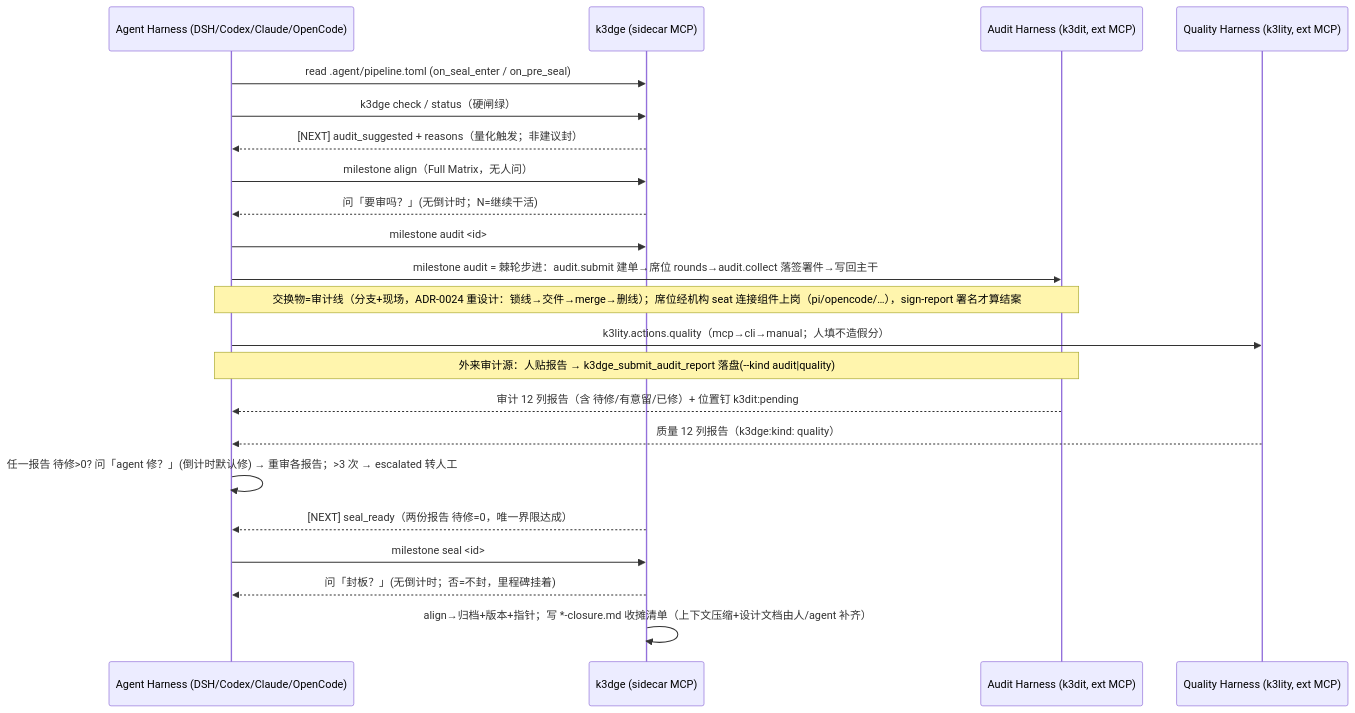
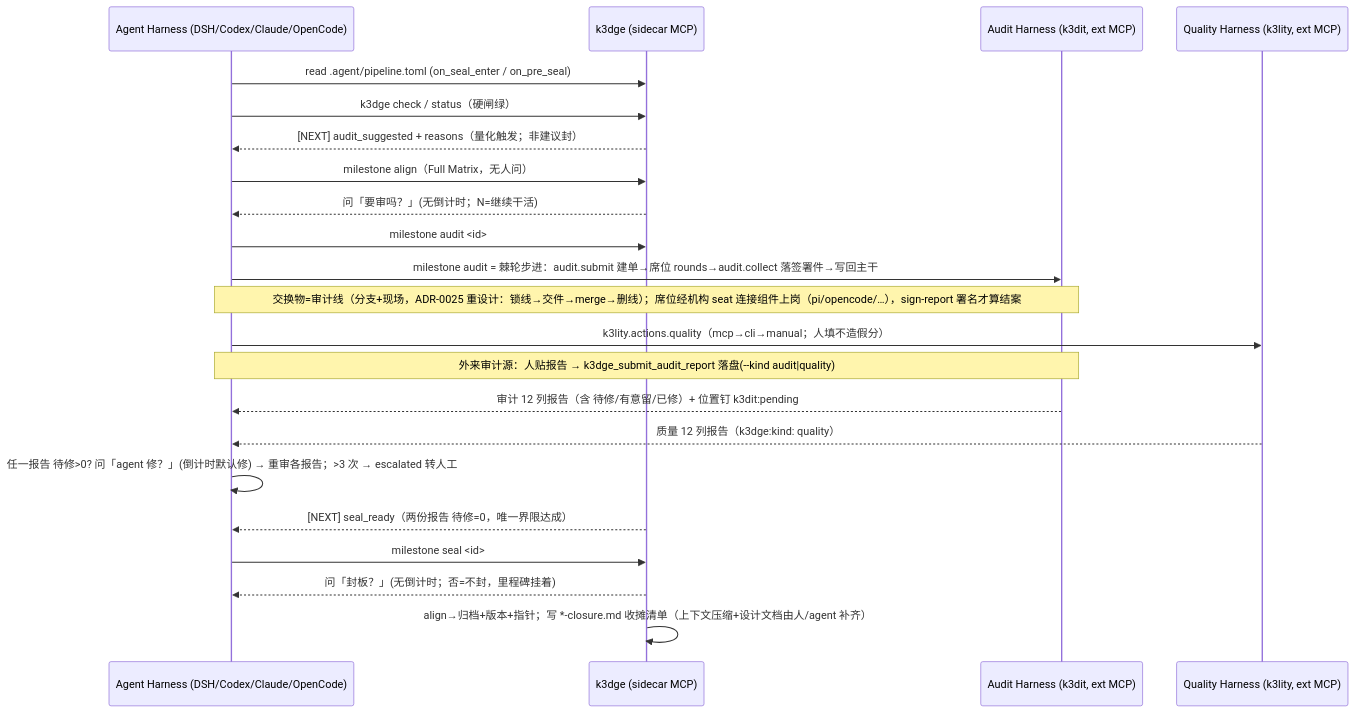
Before and after one commit to jamieplus/k3dge: the sixth of 6 diagrams in docs/architecture/overview.md, drawn with Mermaid. The commit also changed 24 other files, not shown here.

````diff
--- a/docs/architecture/overview.md
+++ b/docs/architecture/overview.md
@@ -115,24 +115,24 @@
 ```mermaid
 sequenceDiagram
     participant Agent as Agent Harness (DSH/Codex/Claude/OpenCode)
     participant K3 as k3dge (sidecar MCP)
     participant Audit as Audit Harness (k3dit, ext MCP)
     participant Quality as Quality Harness (k3lity, ext MCP)
     Agent->>K3: read .agent/pipeline.toml (on_seal_enter / on_pre_seal)
     Agent->>K3: k3dge check / status（硬闸绿）
     K3-->>Agent: [NEXT] audit_suggested + reasons（量化触发；非建议封）
     Agent->>K3: milestone align（Full Matrix，无人问）
     K3-->>Agent: 问「要审吗？」(无倒计时；N=继续干活)
     Agent->>K3: milestone audit <id>
     Agent->>Audit: milestone audit = 棘轮步进：audit.submit 建单→席位 rounds→audit.collect 落签署件→写回主干
-    Note over Agent,Audit: 交换物=审计线（分支+现场，ADR-0024 重设计：锁线→交件→merge→删线）；席位经机构 seat 连接组件上岗（pi/opencode/…），sign-report 署名才算结案
+    Note over Agent,Audit: 交换物=审计线（分支+现场，ADR-0025 重设计：锁线→交件→merge→删线）；席位经机构 seat 连接组件上岗（pi/opencode/…），sign-report 署名才算结案
     Agent->>Quality: k3lity.actions.quality（mcp→cli→manual；人填不造假分）
     Note over Agent,Audit: 外来审计源：人贴报告 → k3dge_submit_audit_report 落盘(--kind audit|quality)
     Audit-->>Agent: 审计 12 列报告（含 待修/有意留/已修）+ 位置钉 k3dit:pending
     Quality-->>Agent: 质量 12 列报告（k3dge:kind: quality）
     Agent->>Agent: 任一报告 待修>0? 问「agent 修？」(倒计时默认修) → 重审各报告；>3 次 → escalated 转人工
     K3-->>Agent: [NEXT] seal_ready（两份报告 待修=0，唯一界限达成）
     Agent->>K3: milestone seal <id>
     K3-->>Agent: 问「封板？」(无倒计时；否=不封，里程碑挂着)
     K3->>K3: align→归档+版本+指针；写 *-closure.md 收摊清单（上下文压缩+设计文档由人/agent 补齐）
 ```
````
